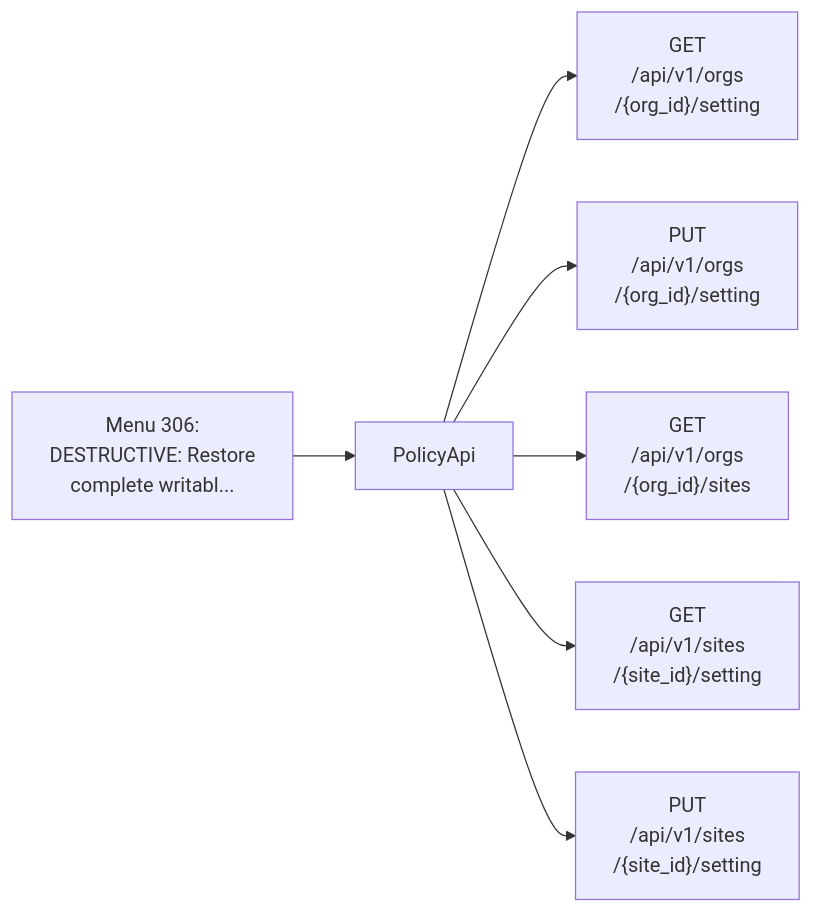
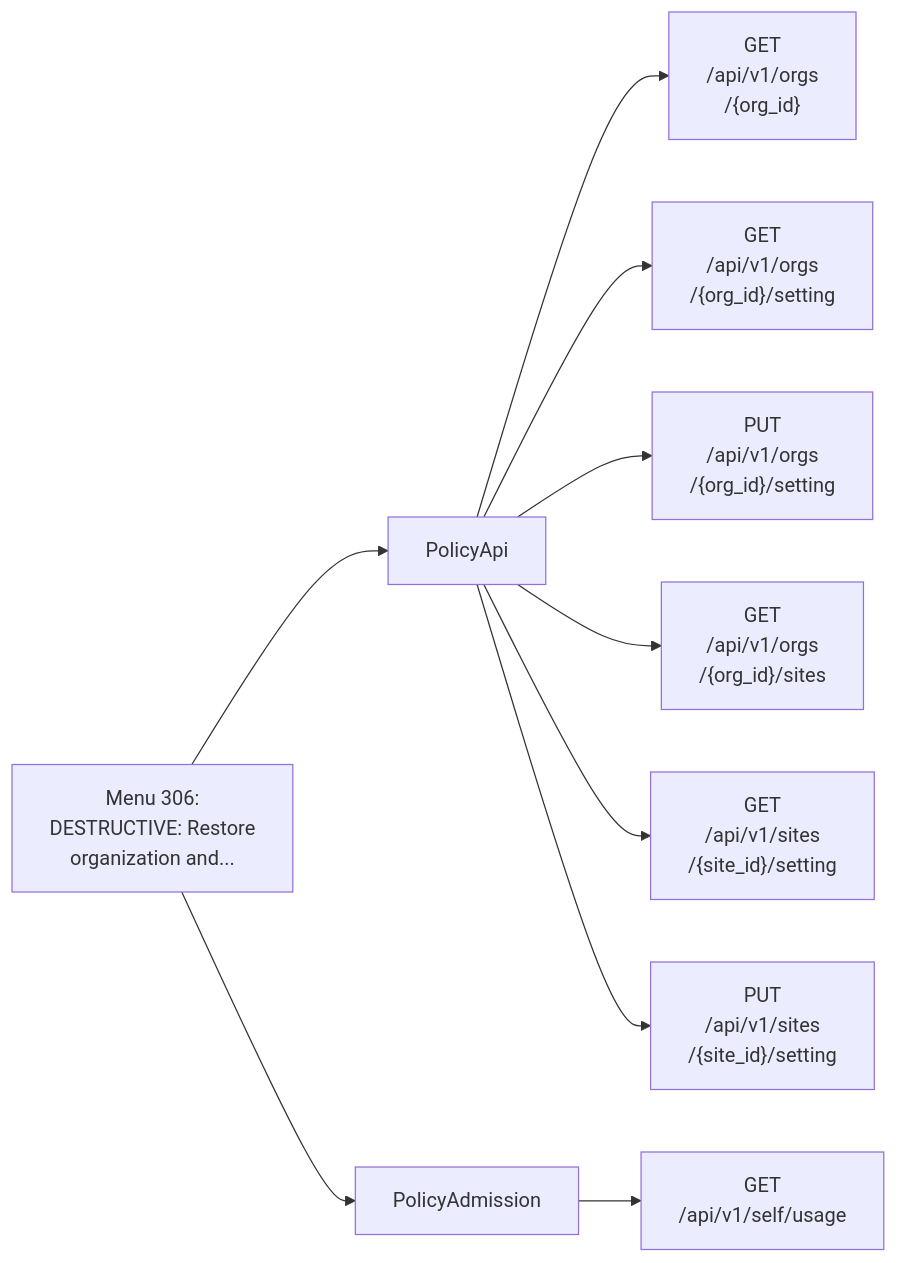
One commit to jmorrison-juniper/MistHelper changed diagram 33 of 33 in documentation/menu-api/destructive.md. Above: the diagram before and after it, drawn with Mermaid. The commit also changed other lines of this file and 86 other files, not shown here.

````diff
--- a/documentation/menu-api/destructive.md
+++ b/documentation/menu-api/destructive.md
@@ -1156,10 +1159,13 @@
 ```mermaid
 flowchart LR
-    menu["Menu 306:<br/>DESTRUCTIVE: Restore<br/>complete writabl..."]
+    menu["Menu 306:<br/>DESTRUCTIVE: Restore<br/>organization and..."]
     menu --> c1["PolicyApi"]
-    c1 --> e1["GET<br/>/api/v1/orgs<br/>/{org_id}/setting"]
-    c1 --> e2["PUT<br/>/api/v1/orgs<br/>/{org_id}/setting"]
-    c1 --> e3["GET<br/>/api/v1/orgs<br/>/{org_id}/sites"]
-    c1 --> e4["GET<br/>/api/v1/sites<br/>/{site_id}/setting"]
-    c1 --> e5["PUT<br/>/api/v1/sites<br/>/{site_id}/setting"]
+    c1 --> e1["GET<br/>/api/v1/orgs<br/>/{org_id}"]
+    c1 --> e2["GET<br/>/api/v1/orgs<br/>/{org_id}/setting"]
+    c1 --> e3["PUT<br/>/api/v1/orgs<br/>/{org_id}/setting"]
+    c1 --> e4["GET<br/>/api/v1/orgs<br/>/{org_id}/sites"]
+    c1 --> e5["GET<br/>/api/v1/sites<br/>/{site_id}/setting"]
+    c1 --> e6["PUT<br/>/api/v1/sites<br/>/{site_id}/setting"]
+    menu --> c2["PolicyAdmission"]
+    c2 --> e7["GET<br/>/api/v1/self/usage"]
 ```
````
